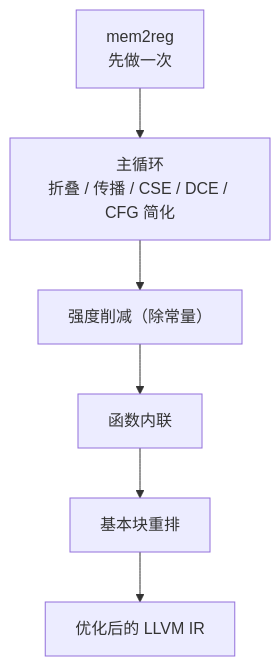
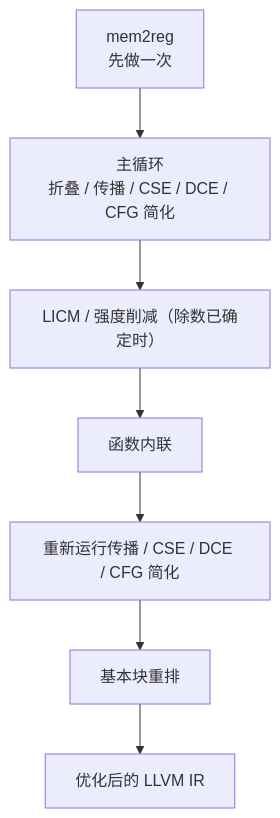
One commit to lightsmilew/compiler-principles changed the third of 4 diagrams in docs/labs/part5-ir-optimization.md. Above: the diagram before and after it, drawn with Mermaid. The commit also changed other lines of this file and 32 other files, not shown here.

Commit message:
docs: unify assessment flow and submission guidance

````diff
--- a/docs/labs/part5-ir-optimization.md
+++ b/docs/labs/part5-ir-optimization.md
@@ -302,8 +306,9 @@
 ```mermaid
 flowchart TB
   A["mem2reg<br/>先做一次"] --> B["主循环<br/>折叠 / 传播 / CSE / DCE / CFG 简化"]
-  B --> C["强度削减（除常量）"]
+  B --> C["LICM / 强度削减（除数已确定时）"]
   C --> D[函数内联]
-  D --> E[基本块重排]
+  D --> R[重新运行传播 / CSE / DCE / CFG 简化]
+  R --> E[基本块重排]
   E --> F[优化后的 LLVM IR]
 ```
````
